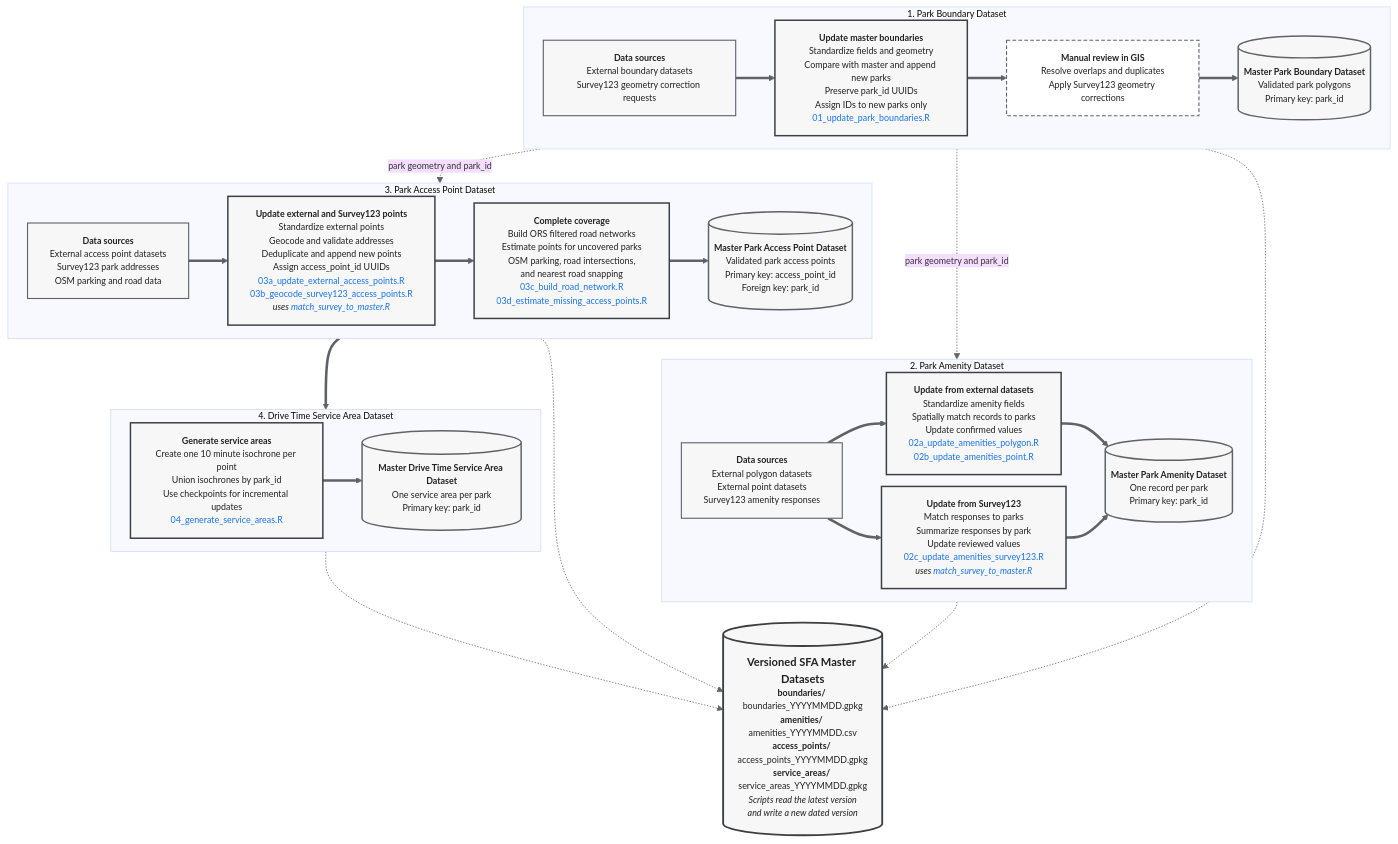
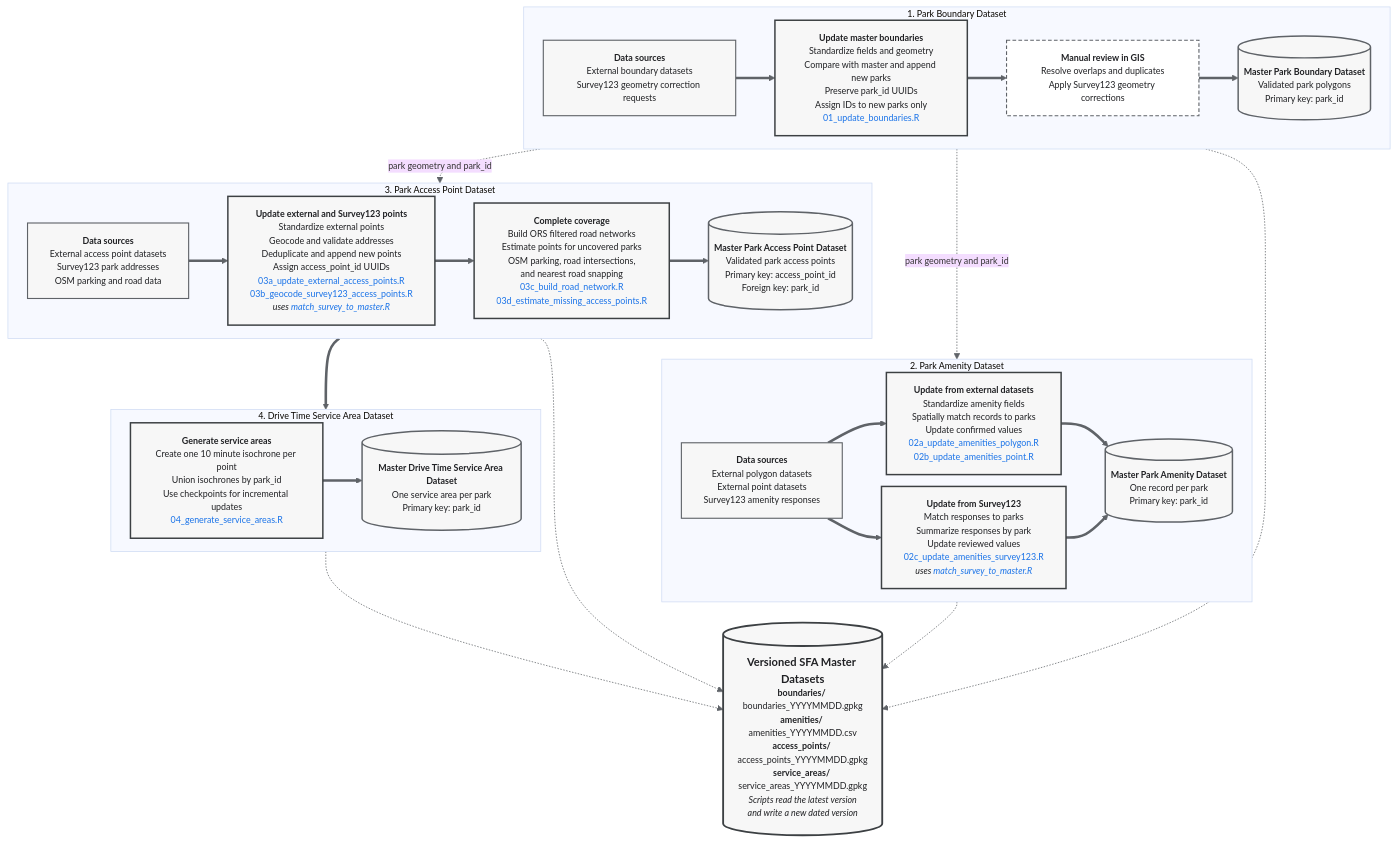
The diagram in README.md (youngjaewon/strive-for-access), drawn with Mermaid before and after one commit.

Commit message:
Update script name in README for boundary updates

```diff
--- a/README.md
+++ b/README.md
@@ -33,7 +33,7 @@
 subgraph BOUNDARY["1. Park Boundary Dataset"]
     direction LR
     B1["<b>Data sources</b><br>External boundary datasets<br>Survey123 geometry correction requests"]
-    B2["<b>Update master boundaries</b><br>Standardize fields and geometry<br>Compare with master and append new parks<br>Preserve park_id UUIDs<br>Assign IDs to new parks only<br><font color='#1A73E8'>01_update_park_boundaries.R</font>"]
+    B2["<b>Update master boundaries</b><br>Standardize fields and geometry<br>Compare with master and append new parks<br>Preserve park_id UUIDs<br>Assign IDs to new parks only<br><font color='#1A73E8'>01_update_boundaries.R</font>"]
     B3["<b>Manual review in GIS</b><br>Resolve overlaps and duplicates<br>Apply Survey123 geometry corrections"]
     B4[("<b>Master Park Boundary Dataset</b><br>Validated park polygons<br>Primary key: park_id")]
 end
```
